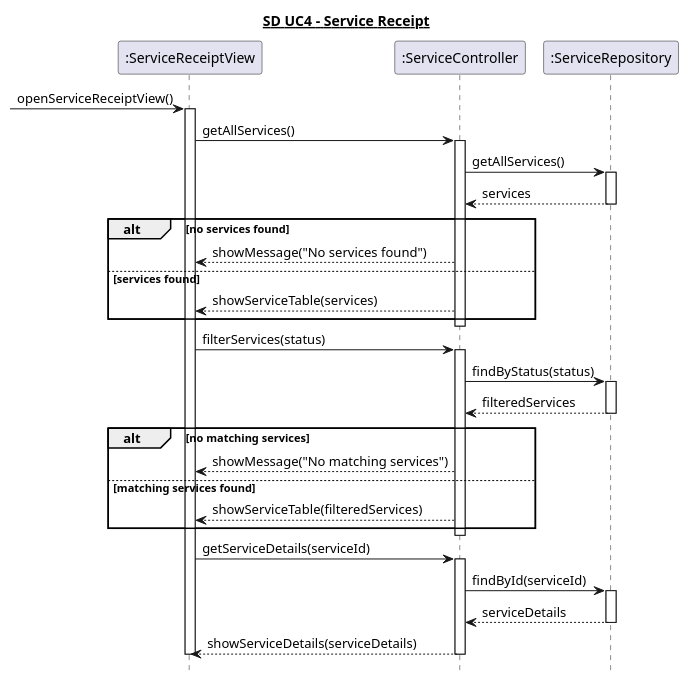
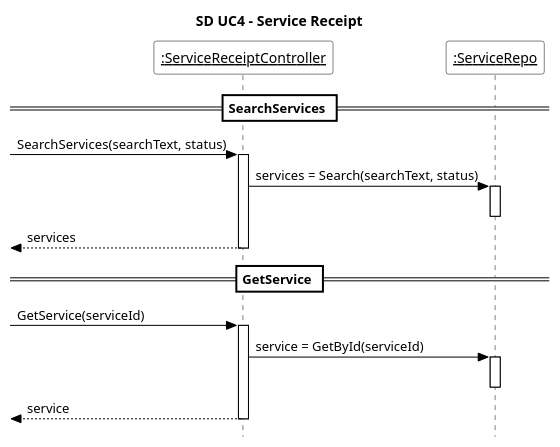
One commit to Zoabz/Getting-Real changed the diagram in 6. Sekvens Diagrammer/UC4_service_kvittering.puml. Above: the diagram before and after it, drawn with PlantUML. The commit also changed 48 other files, not shown here.

```diff
--- a/6. Sekvens Diagrammer/UC4_service_kvittering.puml
+++ b/6. Sekvens Diagrammer/UC4_service_kvittering.puml
@@ -1,55 +1,42 @@
 @startuml
+' SD i samme stil som undervisningens SD for RegisterGuest (Pr20)
+skinparam style strictuml
+skinparam ParticipantBackgroundColor white
+skinparam ParticipantBorderColor black
+skinparam ArrowColor black
+skinparam SequenceLifeLineBorderColor black
+skinparam SequenceGroupBackgroundColor white
+skinparam SequenceGroupBorderColor black
+skinparam SequenceDividerBackgroundColor white
+skinparam SequenceDividerBorderColor black
+skinparam NoteBackgroundColor white
+skinparam NoteBorderColor black
+skinparam ActivationBackgroundColor white
+skinparam shadowing false
+skinparam sequenceParticipant underline
+skinparam defaultFontName Arial
 hide footbox
-title <U>SD UC4 - Service Receipt
+title SD UC4 - Service Receipt
 
-participant ":ServiceReceiptView" as View
-participant ":ServiceController" as Controller
-participant ":ServiceRepository" as Repository
+participant ":ServiceReceiptController" as C
+participant ":ServiceRepo" as R
 
-[-> View : openServiceReceiptView()
-activate View
+== SearchServices ==
+[-> C : SearchServices(searchText, status)
+activate C
+C -> R : services = Search(searchText, status)
+activate R
+deactivate R
+[<-- C : services
+deactivate C
 
-View -> Controller : getAllServices()
-activate Controller
-
-Controller -> Repository : getAllServices()
-activate Repository
-Repository --> Controller : services
-deactivate Repository
-
-alt no services found
-    Controller --> View : showMessage("No services found")
-
-else services found
-    Controller --> View : showServiceTable(services)
-end
-
-deactivate Controller
-
-View -> Controller : filterServices(status)
-activate Controller
-Controller -> Repository : findByStatus(status)
-activate Repository
-Repository --> Controller : filteredServices
-deactivate Repository
-
-alt no matching services
-    Controller --> View : showMessage("No matching services")
-else matching services found 
-    Controller --> View : showServiceTable(filteredServices)
-end
-
-deactivate Controller
-
-View -> Controller : getServiceDetails(serviceId)
-activate Controller
-Controller -> Repository : findById(serviceId)
-activate Repository
-Repository --> Controller : serviceDetails
-deactivate Repository
-Controller --> View : showServiceDetails(serviceDetails)
-
-deactivate Controller
-deactivate View
+== GetService ==
+[-> C : GetService(serviceId)
+activate C
+C -> R : service = GetById(serviceId)
+activate R
+deactivate R
+[<-- C : service
+deactivate C
 
 @enduml
```
